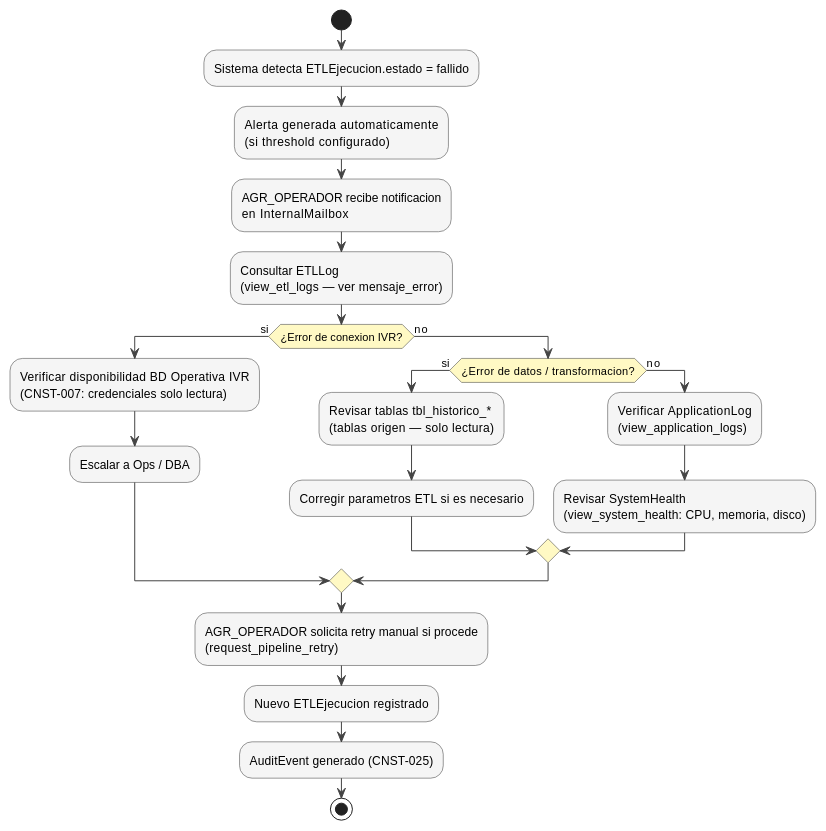
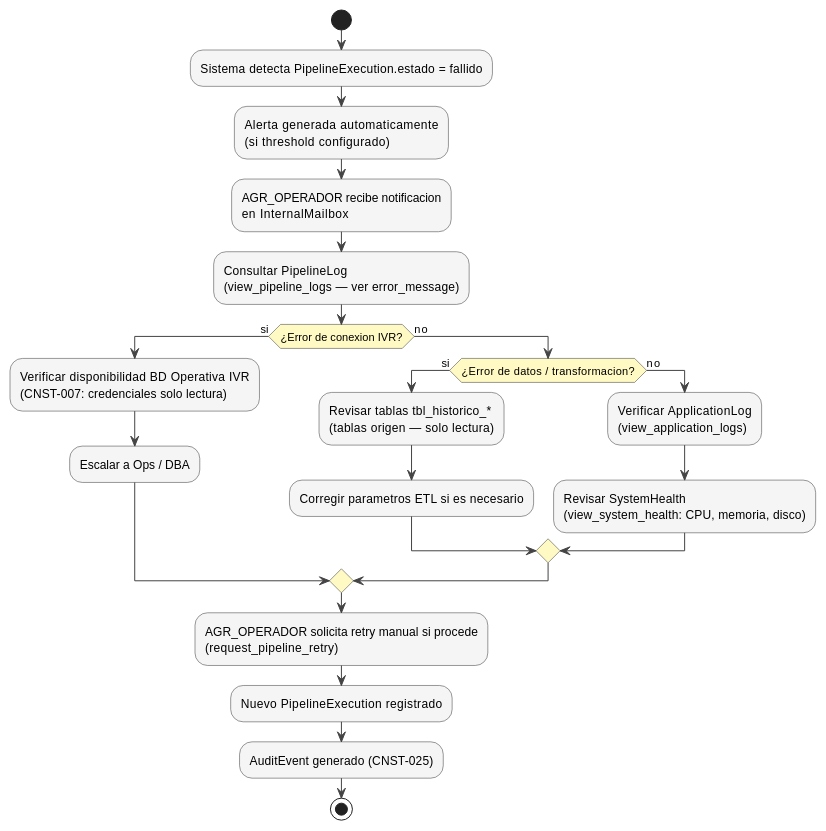
The diagram in source/arquitectura-tecnica/operational-view/system-support.rst (jcg-admin/IACT-docs), drawn with PlantUML before and after one commit. The commit also changed other lines of this file and 96 other files, not shown here.

First line of the commit message:
Apply CNST-033: rename ETL→Pipeline in domain-model + sweep refs

```diff
--- a/source/arquitectura-tecnica/operational-view/system-support.rst
+++ b/source/arquitectura-tecnica/operational-view/system-support.rst
@@ -26,39 +26,39 @@
 .. uml::
  :caption: Figura — Flujo de diagnostico ante fallo del pipeline ETL
 
  @startuml
 
  skinparam ArrowColor #444444
  skinparam ActivityBorderColor #333333
  skinparam ActivityBackgroundColor #F5F5F5
  skinparam ActivityDiamondBackgroundColor #FFF9C4
  skinparam shadowing false
 
  start
 
- :Sistema detecta ETLEjecucion.estado = fallido;
+ :Sistema detecta PipelineExecution.estado = fallido;
  :Alerta generada automaticamente\n(si threshold configurado);
  :AGR_OPERADOR recibe notificacion\nen InternalMailbox;
 
- :Consultar ETLLog\n(view_etl_logs — ver mensaje_error);
+ :Consultar PipelineLog\n(view_pipeline_logs — ver error_message);
 
  if (¿Error de conexion IVR?) then (si)
    :Verificar disponibilidad BD Operativa IVR\n(CNST-007: credenciales solo lectura);
    :Escalar a Ops / DBA;
  else (no)
    if (¿Error de datos / transformacion?) then (si)
      :Revisar tablas tbl_historico_*\n(tablas origen — solo lectura);
      :Corregir parametros ETL si es necesario;
    else (no)
      :Verificar ApplicationLog\n(view_application_logs);
      :Revisar SystemHealth\n(view_system_health: CPU, memoria, disco);
    endif
  endif
 
  :AGR_OPERADOR solicita retry manual si procede\n(request_pipeline_retry);
- :Nuevo ETLEjecucion registrado;
+ :Nuevo PipelineExecution registrado;
  :AuditEvent generado (CNST-025);
 
  stop
 
  @enduml
```
